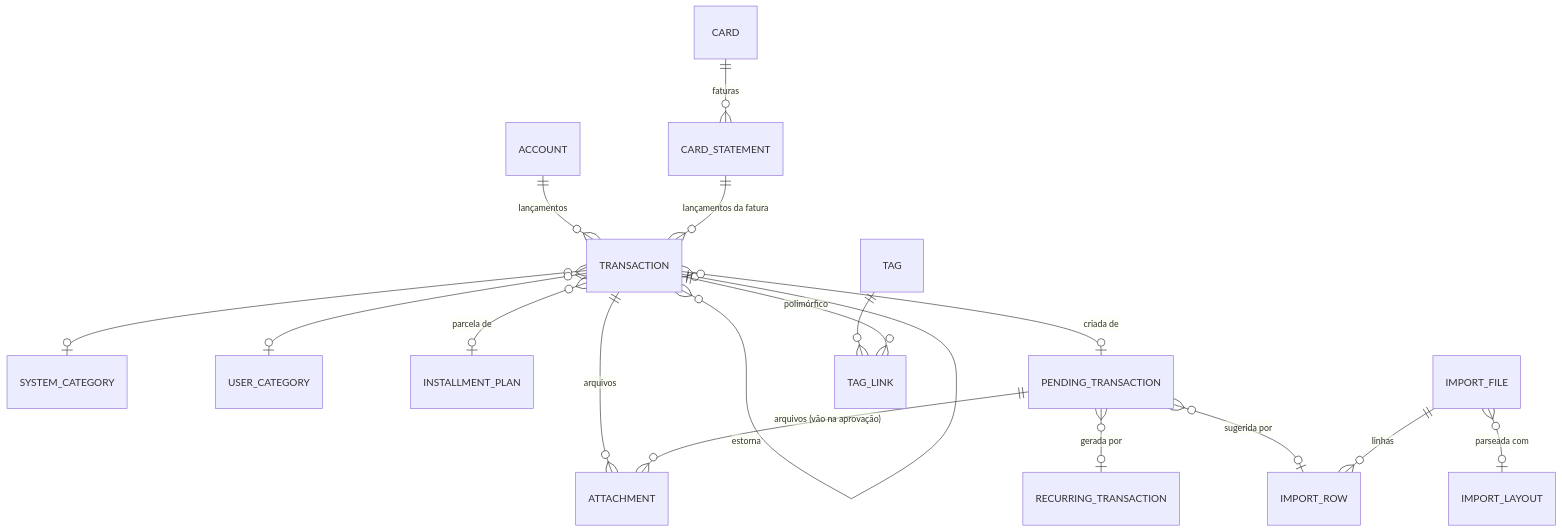
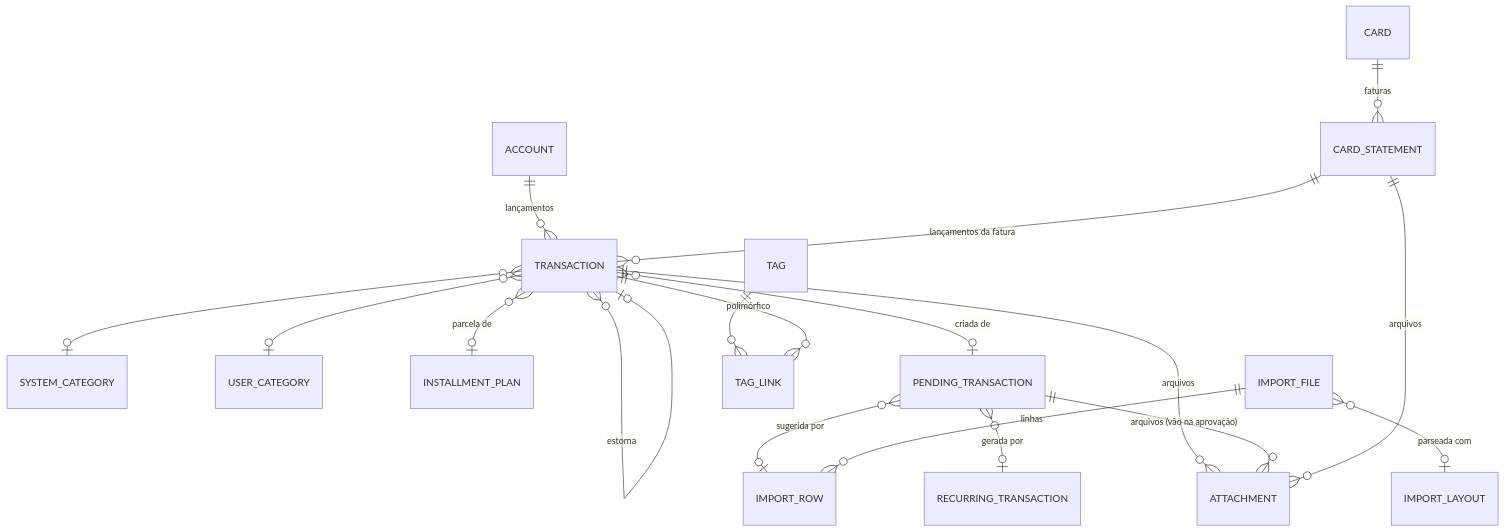
The diagram in docs/modules/finances/pt-BR/data-model.md (leonardopottmayer/pandora), drawn with Mermaid before and after one commit. The commit also changed other lines of this file and 48 other files, not shown here.

````diff
--- a/docs/modules/finances/pt-BR/data-model.md
+++ b/docs/modules/finances/pt-BR/data-model.md
@@ -310,19 +314,20 @@
 ```mermaid
 erDiagram
     ACCOUNT ||--o{ TRANSACTION : "lançamentos"
     CARD ||--o{ CARD_STATEMENT : "faturas"
     CARD_STATEMENT ||--o{ TRANSACTION : "lançamentos da fatura"
     TRANSACTION }o--o| SYSTEM_CATEGORY : ""
     TRANSACTION }o--o| USER_CATEGORY : ""
     TRANSACTION }o--o| INSTALLMENT_PLAN : "parcela de"
     TRANSACTION }o--o| TRANSACTION : "estorna"
     TRANSACTION }o--o| PENDING_TRANSACTION : "criada de"
     PENDING_TRANSACTION }o--o| IMPORT_ROW : "sugerida por"
     PENDING_TRANSACTION }o--o| RECURRING_TRANSACTION : "gerada por"
     IMPORT_FILE ||--o{ IMPORT_ROW : "linhas"
     IMPORT_FILE }o--o| IMPORT_LAYOUT : "parseada com"
     TAG ||--o{ TAG_LINK : ""
     TRANSACTION ||--o{ TAG_LINK : "polimórfico"
     TRANSACTION ||--o{ ATTACHMENT : "arquivos"
     PENDING_TRANSACTION ||--o{ ATTACHMENT : "arquivos (vão na aprovação)"
+    CARD_STATEMENT ||--o{ ATTACHMENT : "arquivos"
 ```
````
